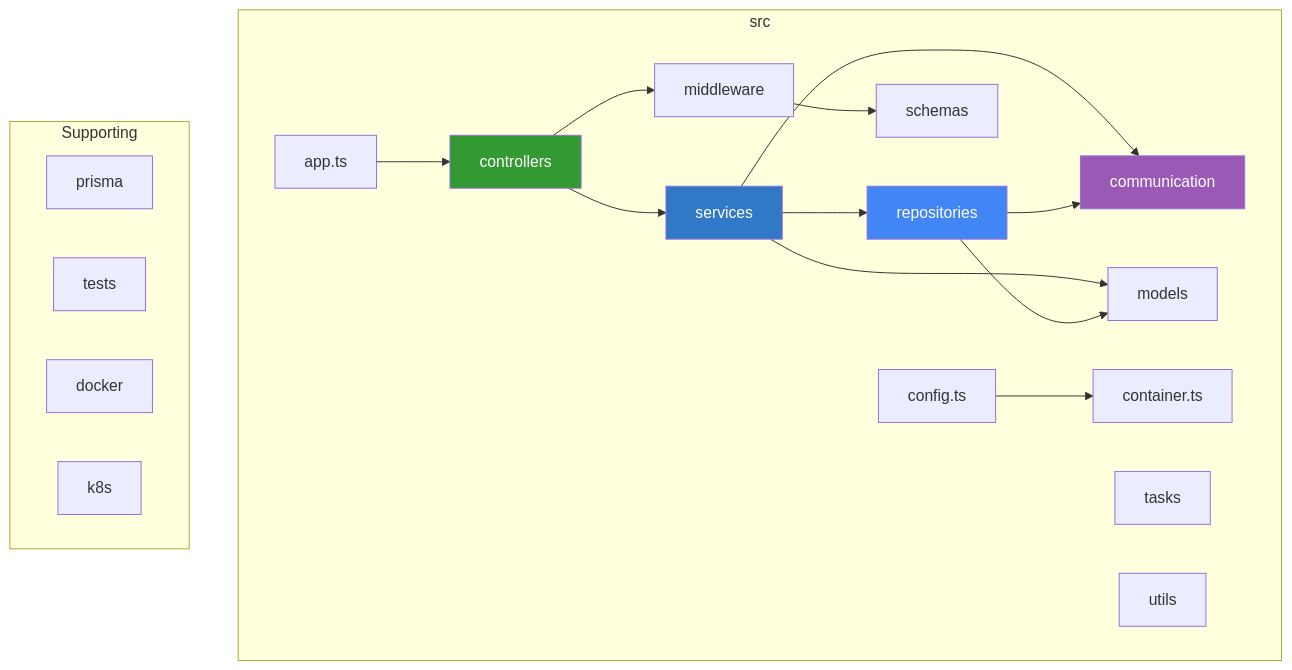
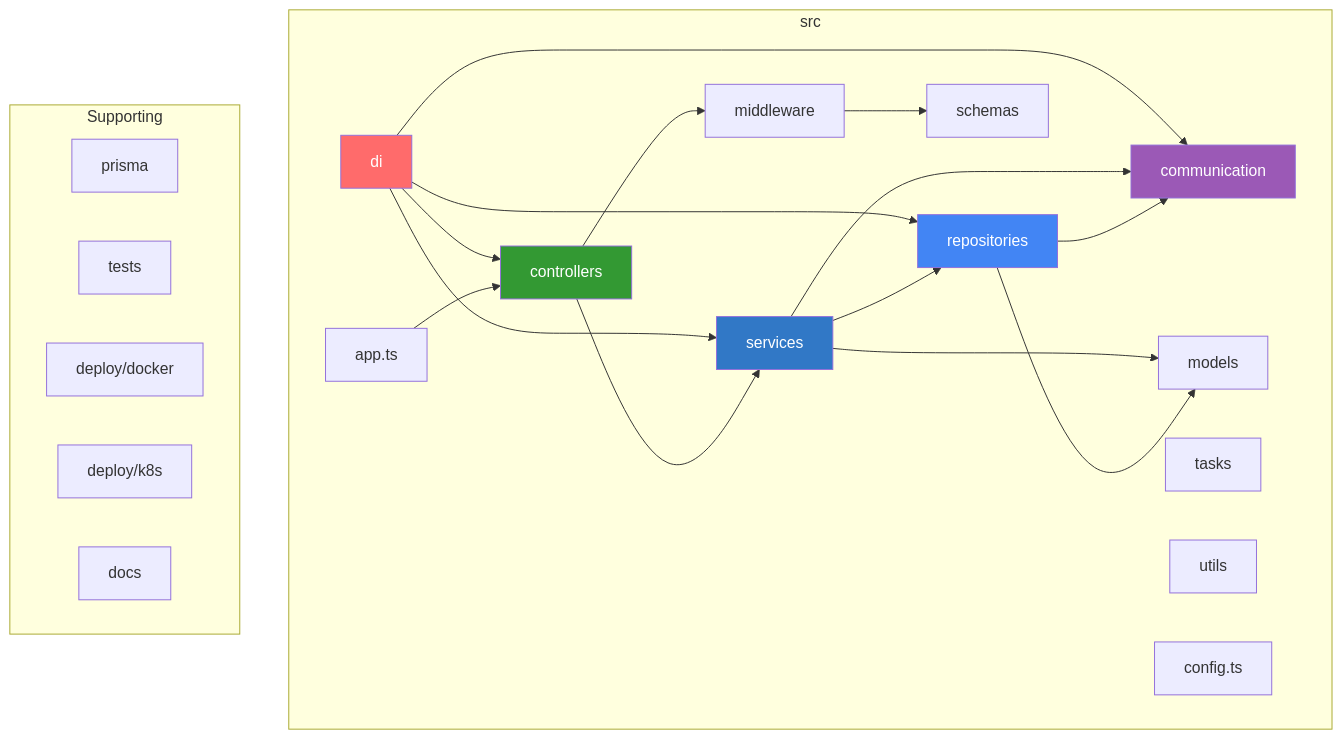
Diagram 12 of 15 in README.md (jrjohn/arcana-cloud-nodejs), drawn with Mermaid before and after one commit. The commit also changed other lines of this file and 32 other files, not shown here.

````diff
--- a/README.md
+++ b/README.md
@@ -347,40 +483,45 @@
 ```mermaid
 graph TB
     subgraph src
+        DI[di]
         CTRL[controllers]
         SVC[services]
         REPO[repositories]
         COMM[communication]
         MW[middleware]
         MODELS[models]
         SCHEMAS[schemas]
         TASKS[tasks]
         UTILS[utils]
         CONFIG[config.ts]
-        CONTAINER[container.ts]
         APP[app.ts]
     end
 
     subgraph Supporting
         PRISMA[prisma]
         TESTS[tests]
-        DOCKER[docker]
-        K8S[k8s]
+        DOCKER[deploy/docker]
+        K8S[deploy/k8s]
+        DOCS[docs]
     end
 
+    DI --> CTRL
+    DI --> SVC
+    DI --> REPO
+    DI --> COMM
     CTRL --> SVC
     SVC --> REPO
     SVC --> COMM
     REPO --> COMM
     CTRL --> MW
     MW --> SCHEMAS
     SVC --> MODELS
     REPO --> MODELS
     APP --> CTRL
-    CONFIG --> CONTAINER
 
+    style DI fill:#FF6B6B,color:#fff
     style CTRL fill:#339933,color:#fff
     style SVC fill:#3178C6,color:#fff
     style REPO fill:#4285F4,color:#fff
     style COMM fill:#9B59B6,color:#fff
 ```
````
